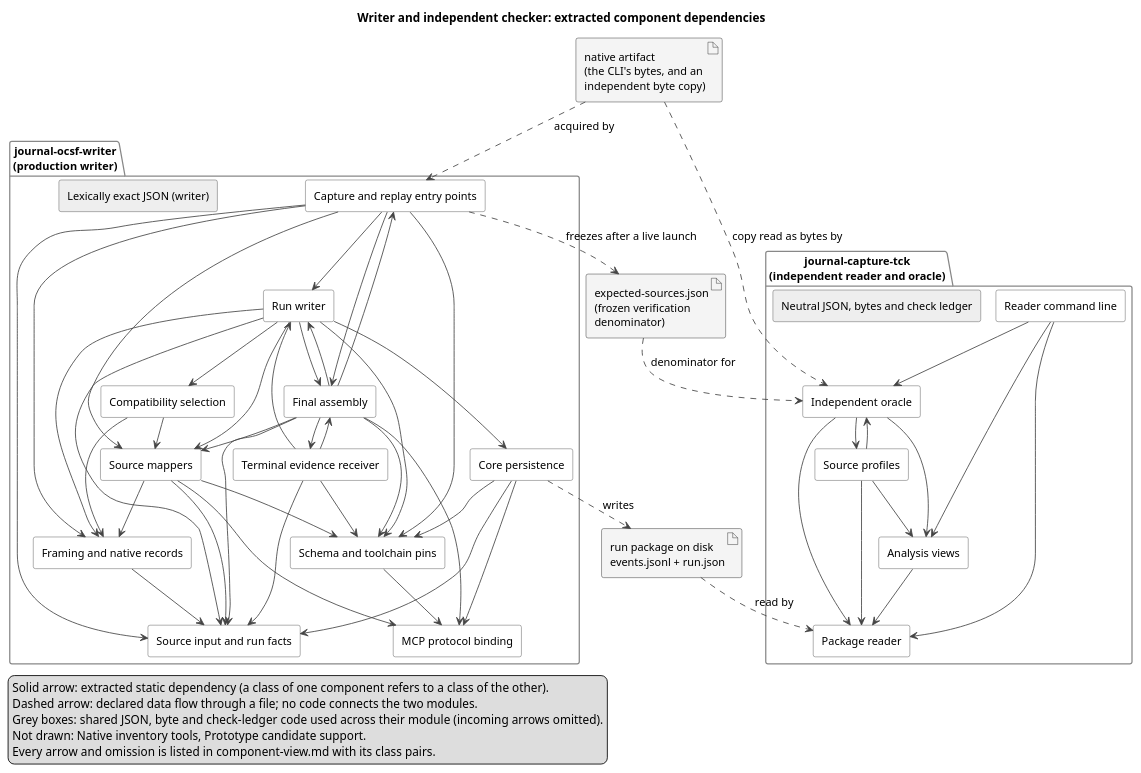
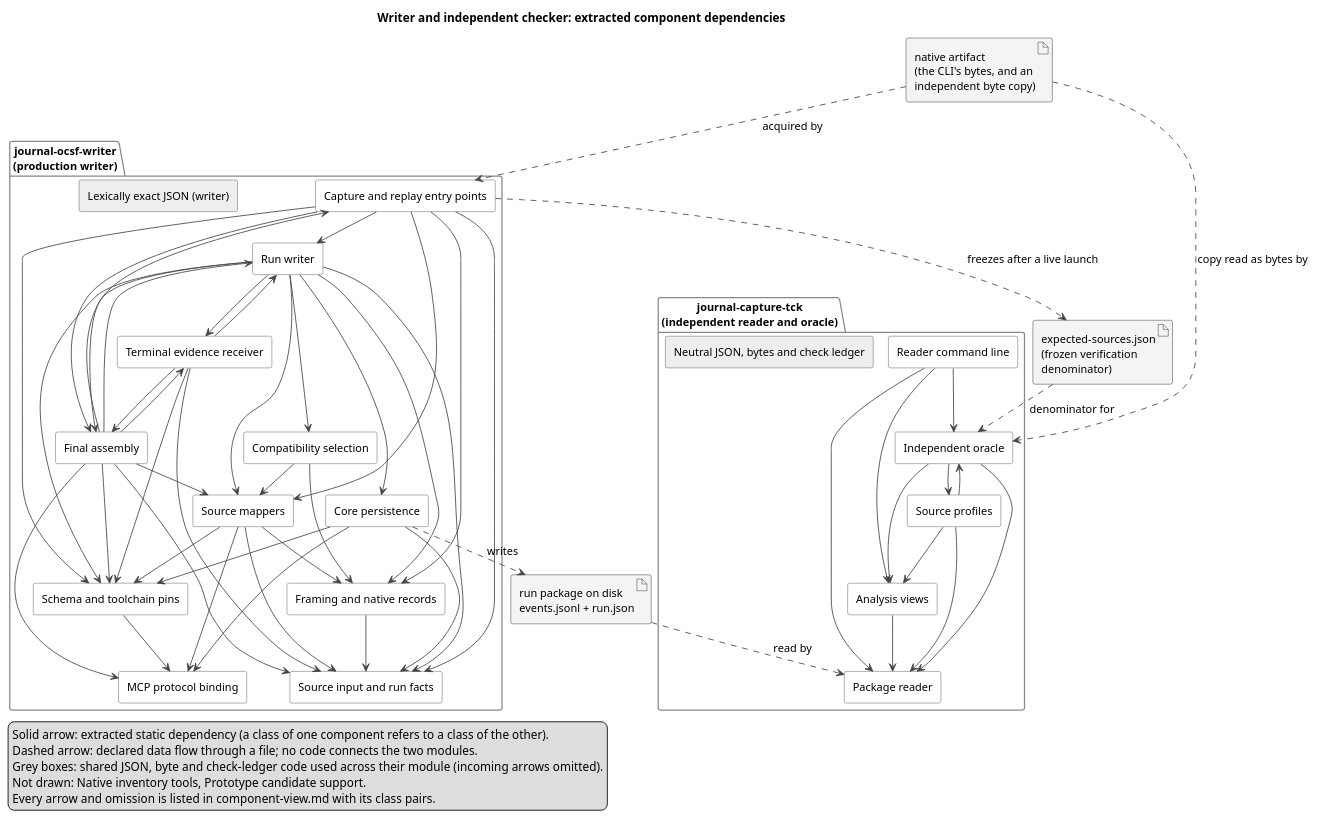
One commit to markpollack/agent-journal changed the diagram in docs/architecture/generated/component-view.puml. Above: the diagram before and after it, drawn with PlantUML. The commit also changed 58 other files, not shown here.

```diff
--- a/docs/architecture/generated/component-view.puml
+++ b/docs/architecture/generated/component-view.puml
@@ -1,103 +1,104 @@
 @startuml
 ' GENERATED by ComponentViewTest from compiled classes (ArchUnit 1.5.0); do not edit. Regenerate with scripts/architecture-docs.sh.
 !pragma layout smetana
 skinparam shadowing false
 skinparam defaultFontName Helvetica
 skinparam defaultFontSize 13
 skinparam componentStyle rectangle
 skinparam ArrowColor #444444
 skinparam ComponentBorderColor #444444
 skinparam ComponentBackgroundColor #FFFFFF
 skinparam ArtifactBackgroundColor #F4F4F4
 skinparam PackageBorderColor #888888
 title Writer and independent checker: extracted component dependencies
 
 artifact "native artifact\n(the CLI's bytes, and an\nindependent byte copy)" as native
 package "journal-ocsf-writer\n(production writer)" {
   [Capture and replay entry points] as capture
   [Terminal evidence receiver] as terminal_receiver
   [Run writer] as run_writer
   [Source input and run facts] as run_input
   [Framing and native records] as framing
   [Compatibility selection] as compatibility
   [Source mappers] as mapping
   [Final assembly] as final_assembly
   [MCP protocol binding] as mcp_binding
   [Core persistence] as persistence
   [Schema and toolchain pins] as schema
   [Lexically exact JSON (writer)] as json_writer #EEEEEE
 }
 package "journal-capture-tck\n(independent reader and oracle)" {
   [Package reader] as reader
   [Independent oracle] as oracle
   [Source profiles] as profiles
   [Analysis views] as views
   [Reader command line] as reader_tool
   [Neutral JSON, bytes and check ledger] as neutral #EEEEEE
 }
 artifact "run package on disk\nevents.jsonl + run.json" as package
 artifact "expected-sources.json\n(frozen verification\ndenominator)" as expected
 
 ' extracted: a class of the source component refers to a class of the target component
 capture --> run_writer
 capture --> run_input
 capture --> framing
 capture --> mapping
 capture --> final_assembly
 capture --> schema
 terminal_receiver --> run_writer
 terminal_receiver --> run_input
 terminal_receiver --> final_assembly
 terminal_receiver --> schema
+run_writer --> terminal_receiver
 run_writer --> run_input
 run_writer --> framing
 run_writer --> compatibility
 run_writer --> mapping
 run_writer --> final_assembly
 run_writer --> persistence
 run_writer --> schema
 framing --> run_input
 compatibility --> framing
 compatibility --> mapping
 mapping --> run_input
 mapping --> framing
 mapping --> mcp_binding
 mapping --> schema
 final_assembly --> capture
 final_assembly --> terminal_receiver
 final_assembly --> run_writer
 final_assembly --> run_input
 final_assembly --> mapping
 final_assembly --> mcp_binding
 final_assembly --> schema
 persistence --> run_input
 persistence --> mcp_binding
 persistence --> schema
 schema --> mcp_binding
 oracle --> reader
 oracle --> profiles
 oracle --> views
 profiles --> reader
 profiles --> oracle
 profiles --> views
 views --> reader
 reader_tool --> reader
 reader_tool --> oracle
 reader_tool --> views
 
 ' declared data flows through files (not bytecode dependencies)
 native ..> capture : acquired by
 persistence ..> package : writes
 package ..> reader : read by
 native ..> oracle : copy read as bytes by
 capture ..> expected : freezes after a live launch
 expected ..> oracle : denominator for
 
 legend bottom left
   Solid arrow: extracted static dependency (a class of one component refers to a class of the other).
   Dashed arrow: declared data flow through a file; no code connects the two modules.
   Grey boxes: shared JSON, byte and check-ledger code used across their module (incoming arrows omitted).
   Not drawn: Native inventory tools, Prototype candidate support.
   Every arrow and omission is listed in component-view.md with its class pairs.
 endlegend
 @enduml
```
